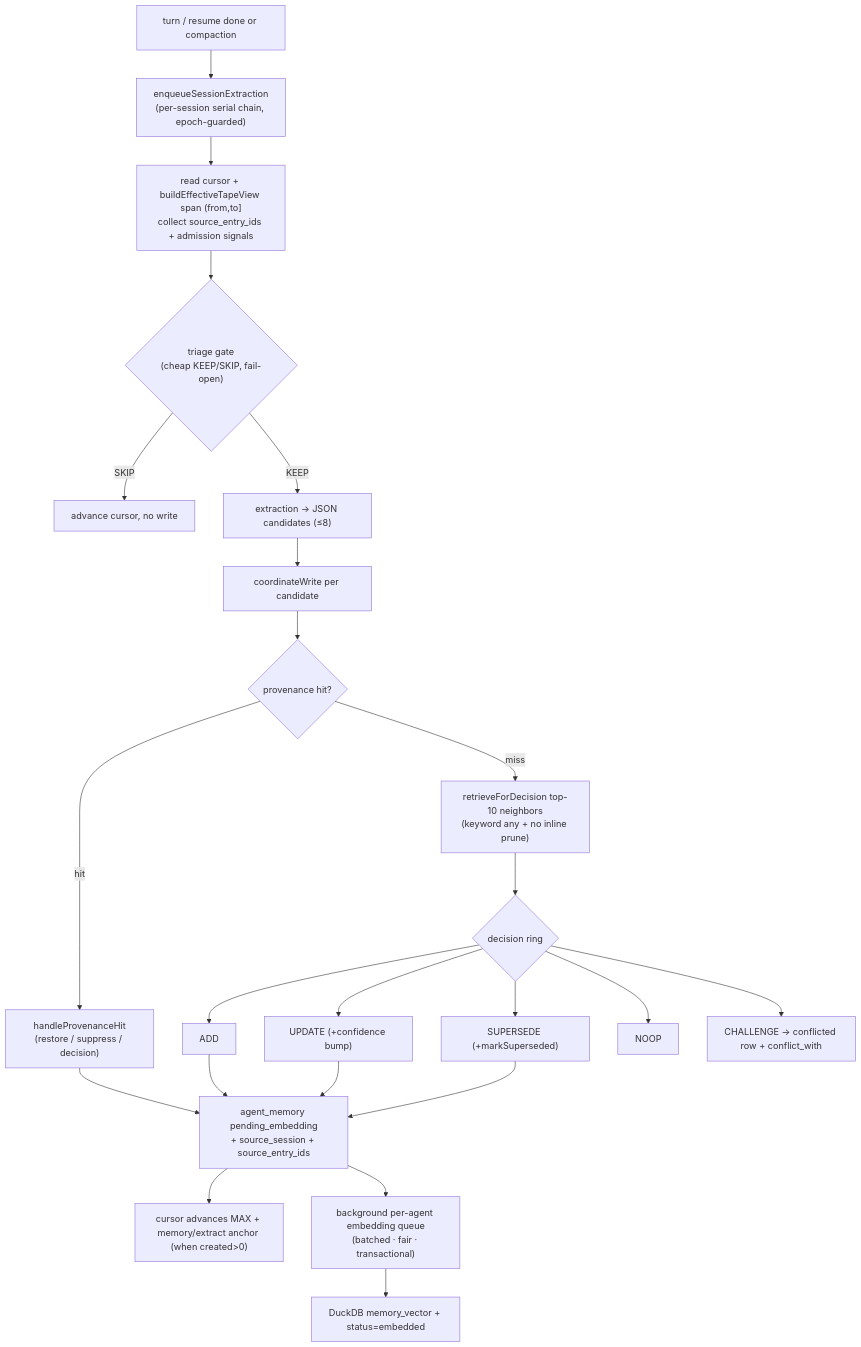
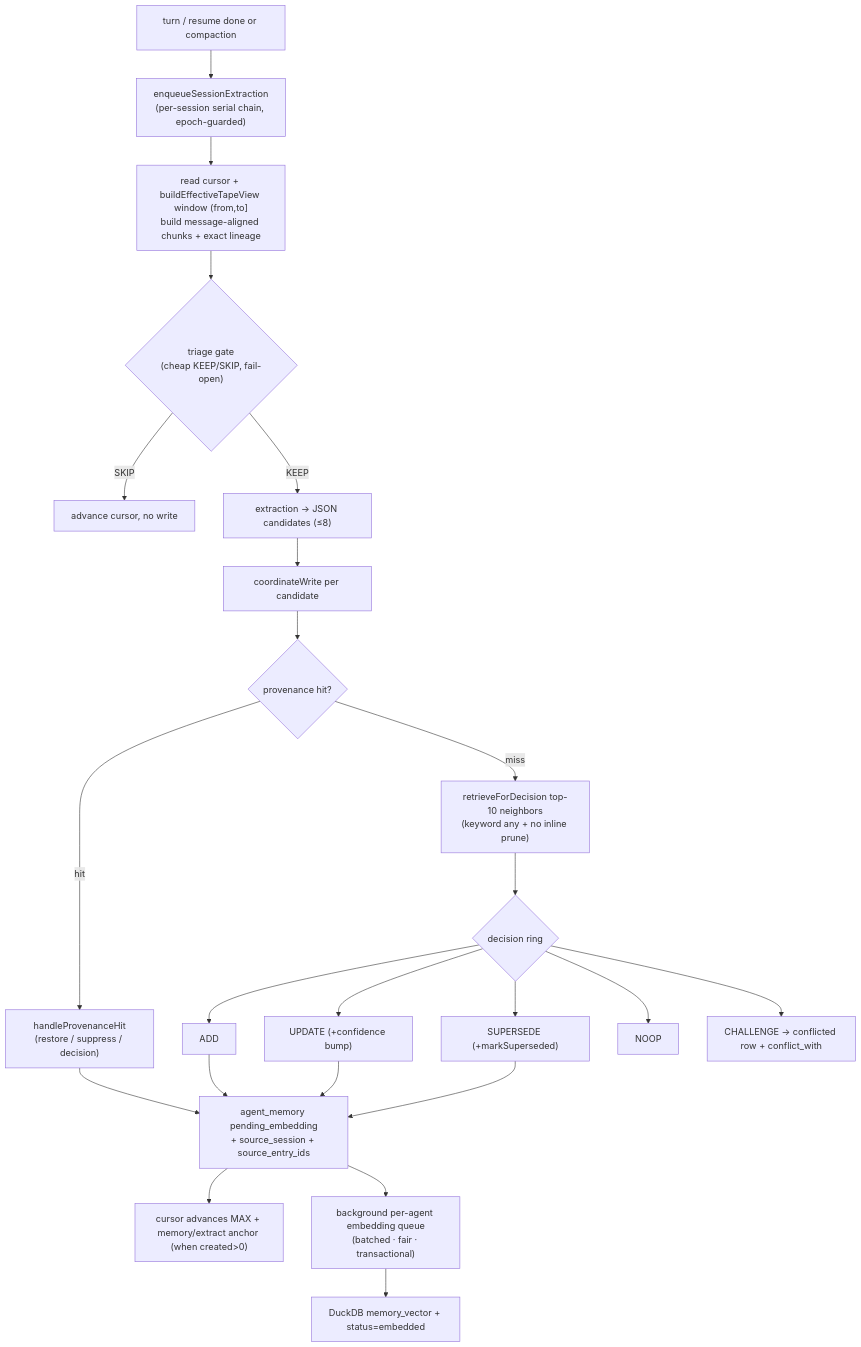
One commit to zerob13/deepchat changed the third of 5 diagrams in docs/architecture/agent-memory-system/spec.md. Above: the diagram before and after it, drawn with Mermaid. The commit also changed other lines of this file and 49 other files, not shown here.

````diff
--- a/docs/architecture/agent-memory-system/spec.md
+++ b/docs/architecture/agent-memory-system/spec.md
@@ -263,25 +282,25 @@
 ```mermaid
 flowchart TD
   T["turn / resume done or compaction"] --> EQ["enqueueSessionExtraction<br/>(per-session serial chain, epoch-guarded)"]
-  EQ --> CUR["read cursor + buildEffectiveTapeView span (from,to]<br/>collect source_entry_ids + admission signals"]
+  EQ --> CUR["read cursor + buildEffectiveTapeView window (from,to]<br/>build message-aligned chunks + exact lineage"]
   CUR --> TRI{"triage gate<br/>(cheap KEEP/SKIP, fail-open)"}
   TRI -- SKIP --> ADV0["advance cursor, no write"]
   TRI -- KEEP --> EX["extraction → JSON candidates (≤8)"]
   EX --> CW["coordinateWrite per candidate"]
   CW --> DUP{provenance hit?}
   DUP -- hit --> REV["handleProvenanceHit<br/>(restore / suppress / decision)"]
   DUP -- miss --> NB["retrieveForDecision top-10 neighbors<br/>(keyword any + no inline prune)"]
   NB --> DEC{decision ring}
   DEC --> ADD[ADD]
   DEC --> UPD["UPDATE (+confidence bump)"]
   DEC --> SUP["SUPERSEDE (+markSuperseded)"]
   DEC --> NOOP[NOOP]
   DEC --> CH["CHALLENGE → conflicted row + conflict_with"]
   ADD --> PEND["agent_memory pending_embedding<br/>+ source_session + source_entry_ids"]
   UPD --> PEND
   SUP --> PEND
   REV --> PEND
   PEND --> ADV["cursor advances MAX + memory/extract anchor (when created>0)"]
   PEND --> EMB["background per-agent embedding queue<br/>(batched · fair · transactional)"]
   EMB --> DUCK["DuckDB memory_vector + status=embedded"]
 ```
````
